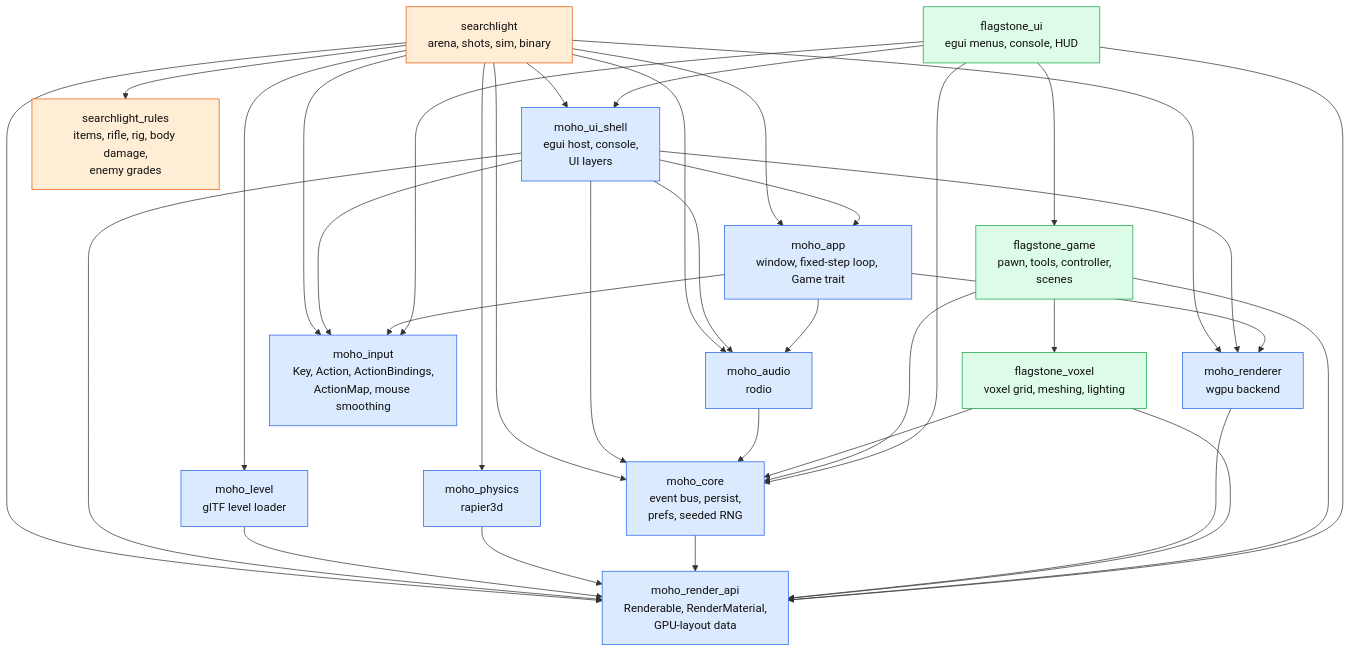
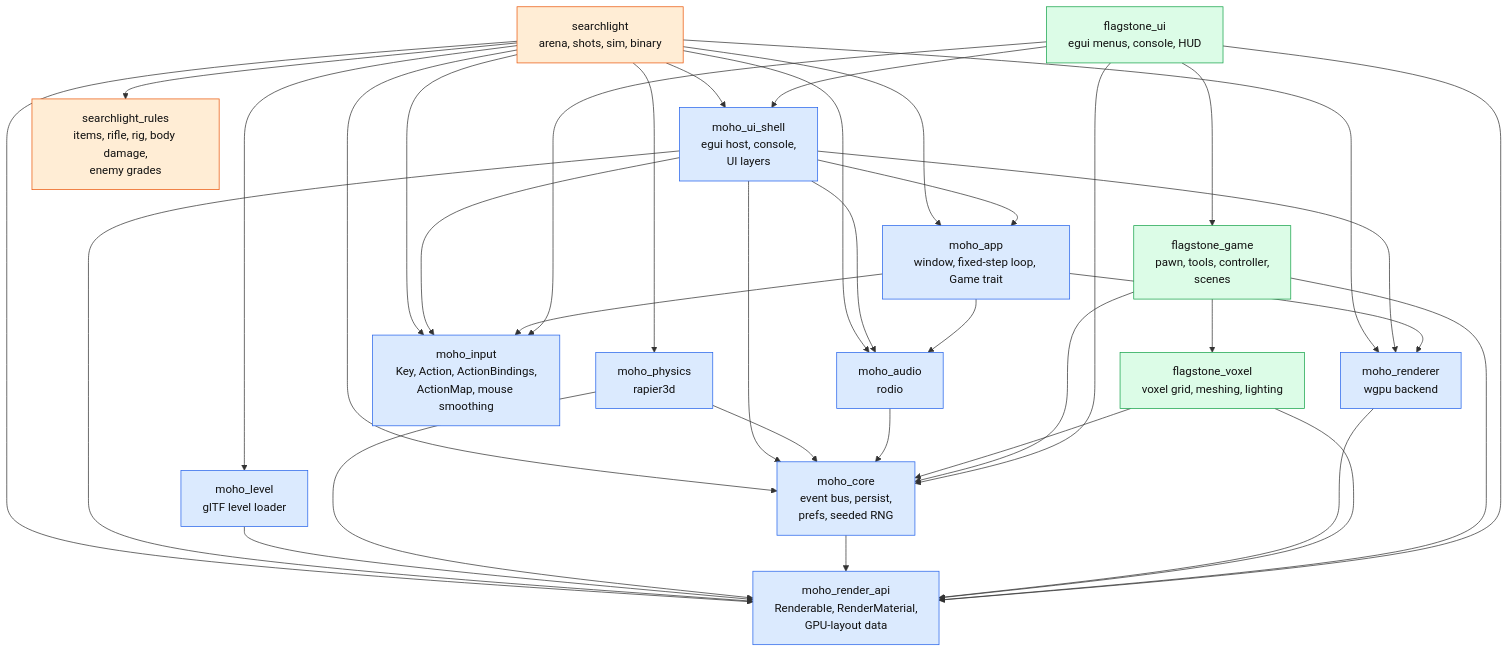
One commit to WrackedFella/moho changed the first of 3 diagrams in wiki/architecture/overview.md. Above: the diagram before and after it, drawn with Mermaid. The commit also changed other lines of this file and 34 other files, not shown here.

````diff
--- a/wiki/architecture/overview.md
+++ b/wiki/architecture/overview.md
@@ -19,34 +19,34 @@
 ```mermaid
 flowchart TD
     ui["flagstone_ui<br/>egui menus, console, HUD"]:::strategy
     game["flagstone_game<br/>pawn, tools, controller,<br/>scenes"]:::strategy
     voxel["flagstone_voxel<br/>voxel grid, meshing, lighting"]:::strategy
 
     renderer["moho_renderer<br/>wgpu backend"]:::engine
     rapi["moho_render_api<br/>Renderable, RenderMaterial,<br/>GPU-layout data"]:::engine
     core["moho_core<br/>event bus, persist,<br/>prefs, seeded RNG"]:::engine
     audio["moho_audio<br/>rodio"]:::engine
     physics["moho_physics<br/>rapier3d"]:::engine
     input["moho_input<br/>Key, Action, ActionBindings,<br/>ActionMap, mouse smoothing"]:::engine
     app["moho_app<br/>window, fixed-step loop, Game trait"]:::engine
     level["moho_level<br/>glTF level loader"]:::engine
     shell["moho_ui_shell<br/>egui host, console,<br/>UI layers"]:::engine
     fps["searchlight_rules<br/>items, rifle, rig, body damage,<br/>enemy grades"]:::fps
     fpsgame["searchlight<br/>arena, shots, sim, binary"]:::fps
 
     ui --> rapi & input & core & game & shell
     game --> core & rapi & voxel
     voxel --> core & rapi
     renderer --> rapi
     app --> renderer & audio & input
     audio --> core
     core --> rapi
-    physics --> rapi
+    physics --> rapi & core
     level --> rapi
     shell --> rapi & input & app & audio & core & renderer
     fpsgame --> fps & app & core & physics & level & input & audio & renderer & rapi & shell
 
     classDef engine fill:#dbeafe,stroke:#2563eb,color:#111
     classDef strategy fill:#dcfce7,stroke:#16a34a,color:#111
     classDef fps fill:#ffedd5,stroke:#ea580c,color:#111
 ```
````
